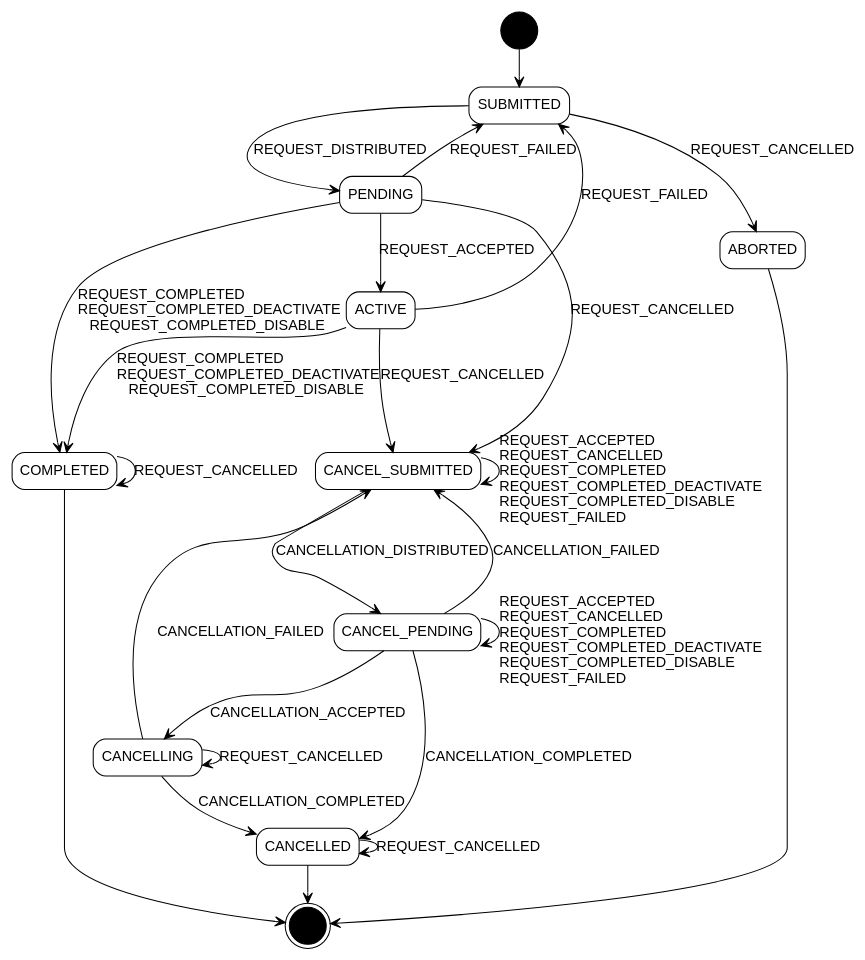
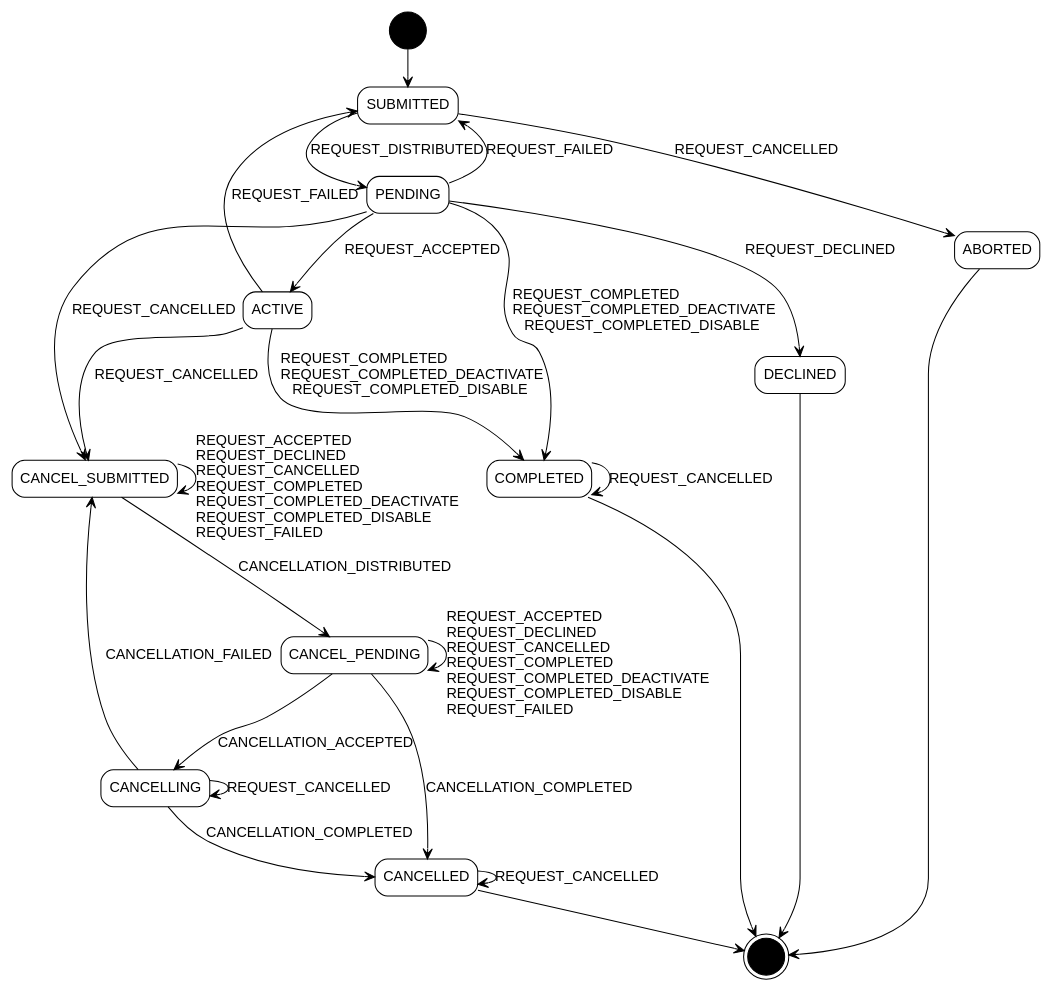
The diagram in actionsvc/diagrams/actionstates.dot (ONSdigital/response-management-service), drawn with Graphviz before and after one commit. The commit also changed 10 other files, not shown here.

Commit message:
CTPA-997 added REQUEST_DECLINED action transition

```diff
--- a/actionsvc/diagrams/actionstates.dot
+++ b/actionsvc/diagrams/actionstates.dot
@@ -1,43 +1,45 @@
 /* Action service action states. Run using dot -Tpng actionstates.dot > actionstates.png */
 /* See https://fsteeg.wordpress.com/2006/11/16/uml-activity-diagrams-with-graphviz/ */
 digraph actionstates {
     size="20,20";
     edge[arrowhead=open]
     node [shape=rectangle];
     start[shape=circle, label="", fillcolor=black, style=filled]
     end[shape=doublecircle, label="", fillcolor=black, style=filled]
     submitted[label="SUBMITTED", fontname="helvetica", style=rounded]
     pending[label="PENDING", fontname="helvetica", style=rounded]
     active[label="ACTIVE", fontname="helvetica", style=rounded]
+    declined[label="DECLINED", fontname="helvetica", style=rounded]
     completed[label="COMPLETED", fontname="helvetica", style=rounded]
     aborted[label="ABORTED", fontname="helvetica", style=rounded]
     cancelsubmitted[label="CANCEL_SUBMITTED", fontname="helvetica", style=rounded]
     cancelpending[label="CANCEL_PENDING", fontname="helvetica", style=rounded]
     cancelling[label="CANCELLING", fontname="helvetica", style=rounded]
     cancelled[label="CANCELLED", fontname="helvetica", style=rounded]
 
     start -> submitted
     submitted -> pending[fontname="helvetica", label="REQUEST_DISTRIBUTED"]
     submitted -> aborted[fontname="helvetica", label="REQUEST_CANCELLED"]
+    pending -> declined[fontname="helvetica", label="REQUEST_DECLINED"]
     pending -> active[fontname="helvetica", label="REQUEST_ACCEPTED"]
     pending -> completed[fontname="helvetica", label="REQUEST_COMPLETED\lREQUEST_COMPLETED_DEACTIVATE\lREQUEST_COMPLETED_DISABLE"]
+    pending -> submitted[fontname="helvetica", label="REQUEST_FAILED"]
+    pending -> cancelsubmitted[fontname="helvetica", label="REQUEST_CANCELLED"]
+    active -> submitted[fontname="helvetica", label="REQUEST_FAILED"]
+    active -> cancelsubmitted[fontname="helvetica", label="REQUEST_CANCELLED"]
     active -> completed[fontname="helvetica", label="REQUEST_COMPLETED\lREQUEST_COMPLETED_DEACTIVATE\lREQUEST_COMPLETED_DISABLE"]
     cancelsubmitted -> cancelpending[fontname="helvetica", label="CANCELLATION_DISTRIBUTED"]
+    cancelsubmitted -> cancelsubmitted[fontname="helvetica", label="\lREQUEST_ACCEPTED\lREQUEST_DECLINED\lREQUEST_CANCELLED\lREQUEST_COMPLETED\lREQUEST_COMPLETED_DEACTIVATE\lREQUEST_COMPLETED_DISABLE\lREQUEST_FAILED\l"]
     cancelpending -> cancelling[fontname="helvetica", label="CANCELLATION_ACCEPTED"]
+    cancelpending -> cancelled[fontname="helvetica", label="CANCELLATION_COMPLETED"]
+    cancelpending -> cancelpending[fontname="helvetica", label="\lREQUEST_ACCEPTED\lREQUEST_DECLINED\lREQUEST_CANCELLED\lREQUEST_COMPLETED\lREQUEST_COMPLETED_DEACTIVATE\lREQUEST_COMPLETED_DISABLE\lREQUEST_FAILED\l"]
     cancelling -> cancelled[fontname="helvetica", label="CANCELLATION_COMPLETED"]
-    active -> submitted[fontname="helvetica", label="REQUEST_FAILED"]
-    pending -> submitted[fontname="helvetica", label="REQUEST_FAILED"]
-    active -> cancelsubmitted[fontname="helvetica", label="REQUEST_CANCELLED"]
-    pending -> cancelsubmitted[fontname="helvetica", label="REQUEST_CANCELLED"]
+    cancelling -> cancelling[fontname="helvetica", label="REQUEST_CANCELLED"]
     cancelling -> cancelsubmitted[fontname="helvetica", label="CANCELLATION_FAILED"]
-    cancelpending -> cancelsubmitted[fontname="helvetica", label="CANCELLATION_FAILED"]
-    cancelpending -> cancelled[fontname="helvetica", label="CANCELLATION_COMPLETED"]
-    cancelsubmitted -> cancelsubmitted[fontname="helvetica", label="\lREQUEST_ACCEPTED\lREQUEST_CANCELLED\lREQUEST_COMPLETED\lREQUEST_COMPLETED_DEACTIVATE\lREQUEST_COMPLETED_DISABLE\lREQUEST_FAILED\l"]
-    cancelpending -> cancelpending[fontname="helvetica", label="\lREQUEST_ACCEPTED\lREQUEST_CANCELLED\lREQUEST_COMPLETED\lREQUEST_COMPLETED_DEACTIVATE\lREQUEST_COMPLETED_DISABLE\lREQUEST_FAILED\l"]
     completed -> completed[fontname="helvetica", label="REQUEST_CANCELLED"]
     cancelled -> cancelled[fontname="helvetica", label="REQUEST_CANCELLED"]
-    cancelling -> cancelling[fontname="helvetica", label="REQUEST_CANCELLED"]
     aborted -> end
     completed -> end
+    declined-> end
     cancelled -> end
 }
```
